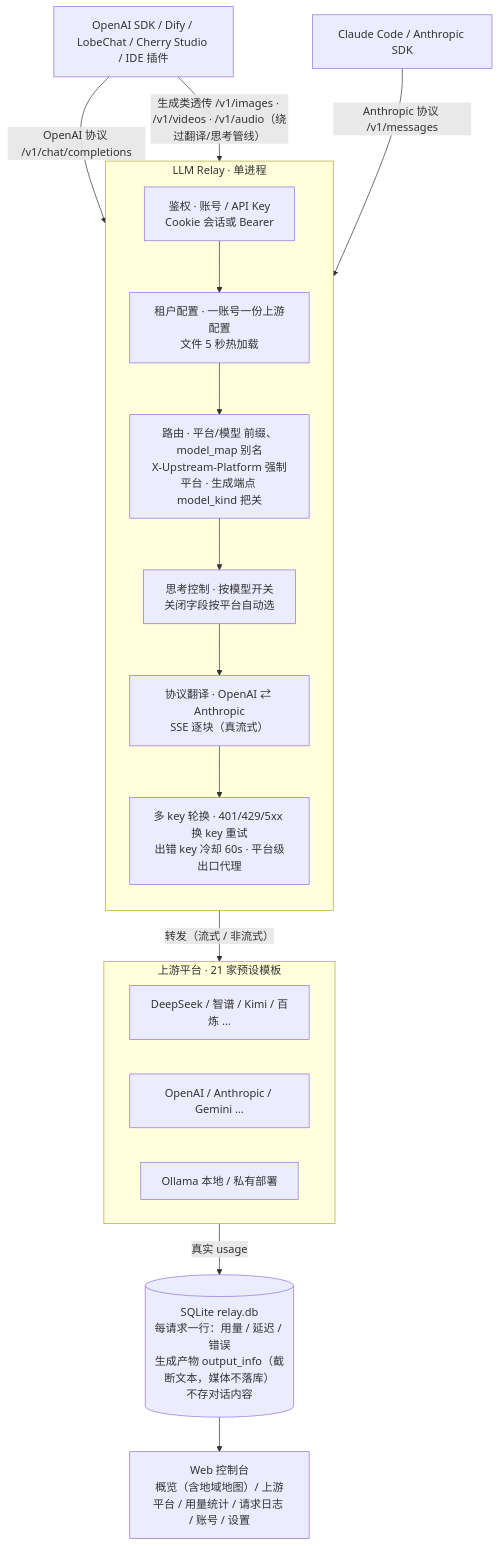
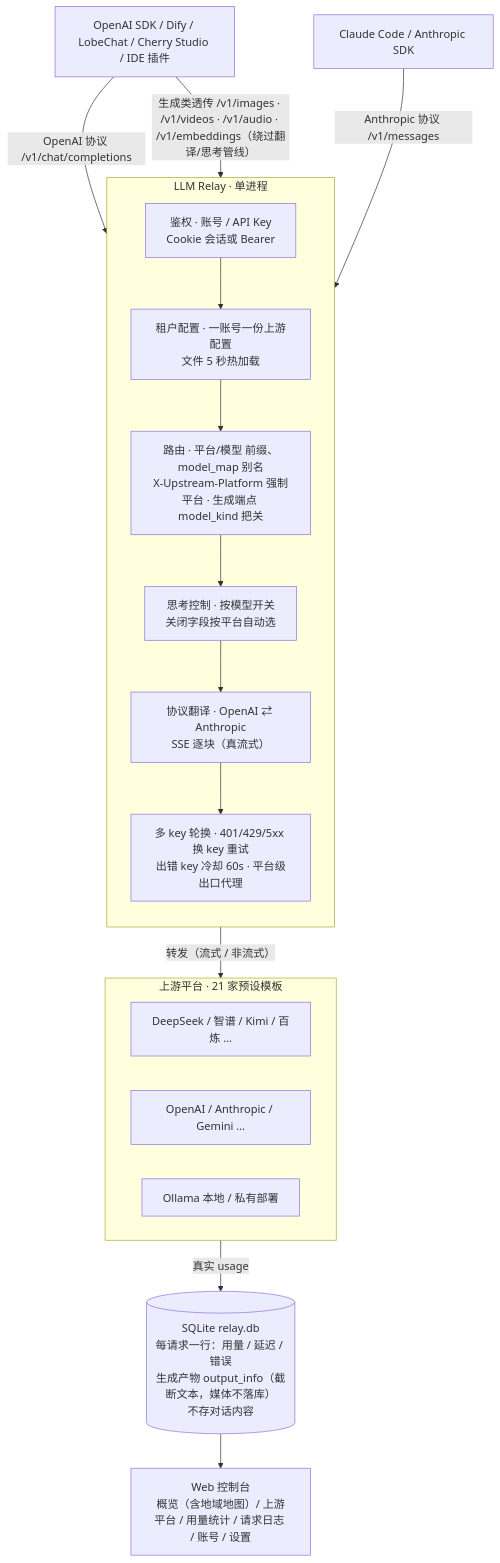
Before and after one commit to bigbirdxixi/llmrelay: the diagram in README.md, drawn with Mermaid. The commit also changed other lines of this file and 3 other files, not shown here.

First line of the commit message:
docs: v2.0.2 embedding 支持文档同步（README/ARCHITECTURE/DEEP_DIVE/CHANGELOG）

````diff
--- a/README.md
+++ b/README.md
@@ -48,33 +48,33 @@
 ```mermaid
 flowchart TB
   c1[OpenAI SDK / Dify / LobeChat / Cherry Studio / IDE 插件]
   c2[Claude Code / Anthropic SDK]
 
   subgraph Relay[LLM Relay · 单进程]
     direction TB
     auth[鉴权 · 账号 / API Key<br/>Cookie 会话或 Bearer]
     tenant[租户配置 · 一账号一份上游配置<br/>文件 5 秒热加载]
     route[路由 · 平台/模型 前缀、model_map 别名<br/>X-Upstream-Platform 强制平台 · 生成端点 model_kind 把关]
     think[思考控制 · 按模型开关<br/>关闭字段按平台自动选]
     trans[协议翻译 · OpenAI ⇄ Anthropic<br/>SSE 逐块（真流式）]
     keys[多 key 轮换 · 401/429/5xx 换 key 重试<br/>出错 key 冷却 60s · 平台级出口代理]
     auth --> tenant --> route --> think --> trans --> keys
   end
 
   subgraph Up[上游平台 · 21 家预设模板]
     direction LR
     u1[DeepSeek / 智谱 / Kimi / 百炼 …]
     u2[OpenAI / Anthropic / Gemini …]
     u3[Ollama 本地 / 私有部署]
   end
 
   store[(SQLite relay.db<br/>每请求一行：用量 / 延迟 / 错误<br/>生成产物 output_info（截断文本，媒体不落库）<br/>不存对话内容)]
   web[Web 控制台<br/>概览（含地域地图）/ 上游平台 / 用量统计 / 请求日志 / 账号 / 设置]
 
   c1 -- OpenAI 协议 /v1/chat/completions --> auth
   c2 -- Anthropic 协议 /v1/messages --> auth
-  c1 -- "生成类透传 /v1/images · /v1/videos · /v1/audio（绕过翻译/思考管线）" --> auth
+  c1 -- "生成类透传 /v1/images · /v1/videos · /v1/audio · /v1/embeddings（绕过翻译/思考管线）" --> auth
   keys -- 转发（流式 / 非流式） --> Up
   Up -- 真实 usage --> store
   store --> web
 ```
````
